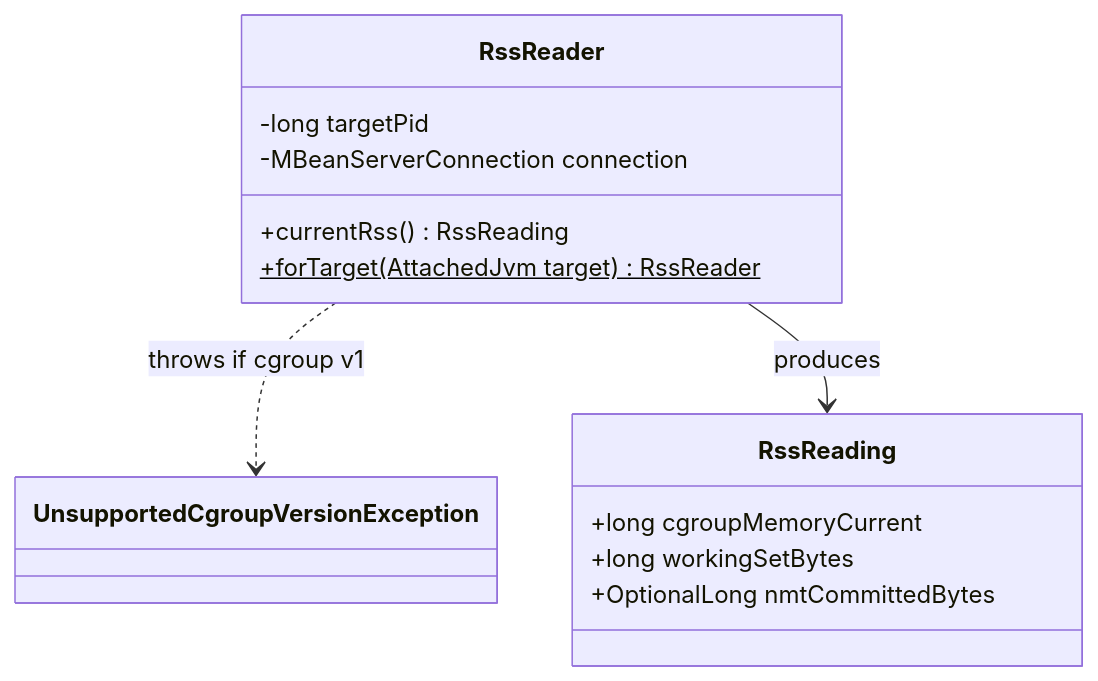
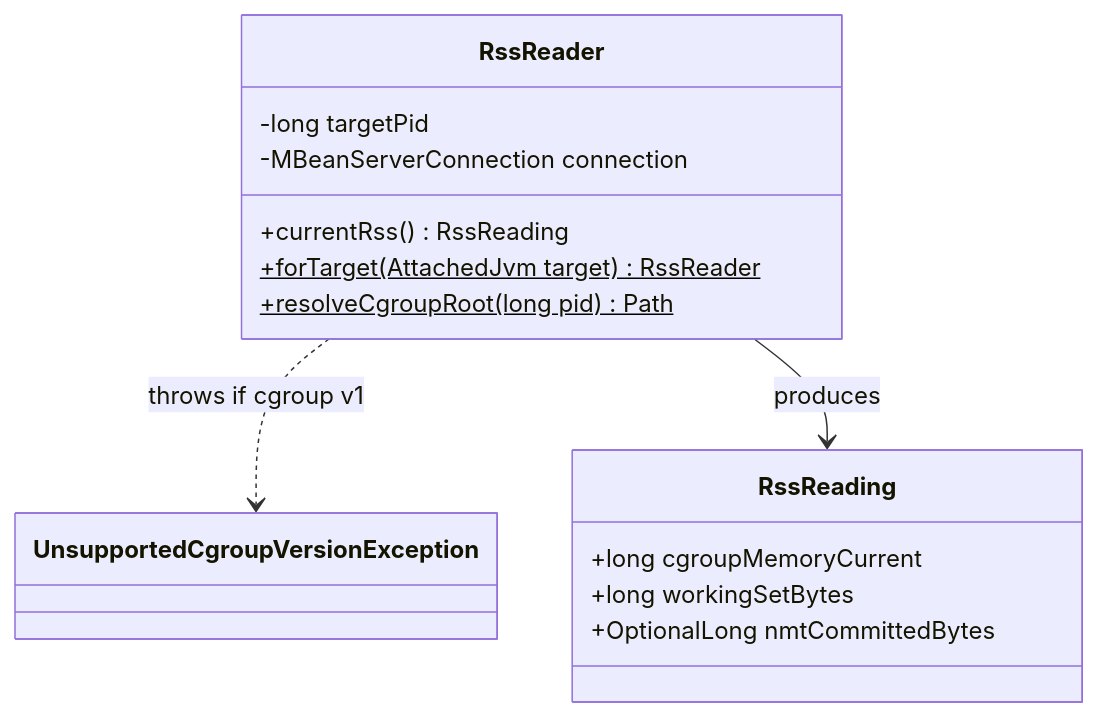
Before and after one commit to baokhang83/mnemo-jvm-warden: the first of 2 diagrams in docs/fluencyloop/features/w-105-rss-reader-cgroup-v2-memory-current-reconciled-with-nm/design.md, drawn with Mermaid. The commit also changed other lines of this file and 5 other files, not shown here.

````diff
--- a/docs/fluencyloop/features/w-105-rss-reader-cgroup-v2-memory-current-reconciled-with-nm/design.md
+++ b/docs/fluencyloop/features/w-105-rss-reader-cgroup-v2-memory-current-reconciled-with-nm/design.md
@@ -31,18 +43,19 @@
 ```mermaid
 classDiagram
   class RssReader {
     -long targetPid
     -MBeanServerConnection connection
     +currentRss() RssReading
     +forTarget(AttachedJvm target)$ RssReader
+    +resolveCgroupRoot(long pid)$ Path
   }
   class RssReading {
     +long cgroupMemoryCurrent
     +long workingSetBytes
     +OptionalLong nmtCommittedBytes
   }
   class UnsupportedCgroupVersionException
 
   RssReader ..> UnsupportedCgroupVersionException : throws if cgroup v1
   RssReader --> RssReading : produces
 ```
````
